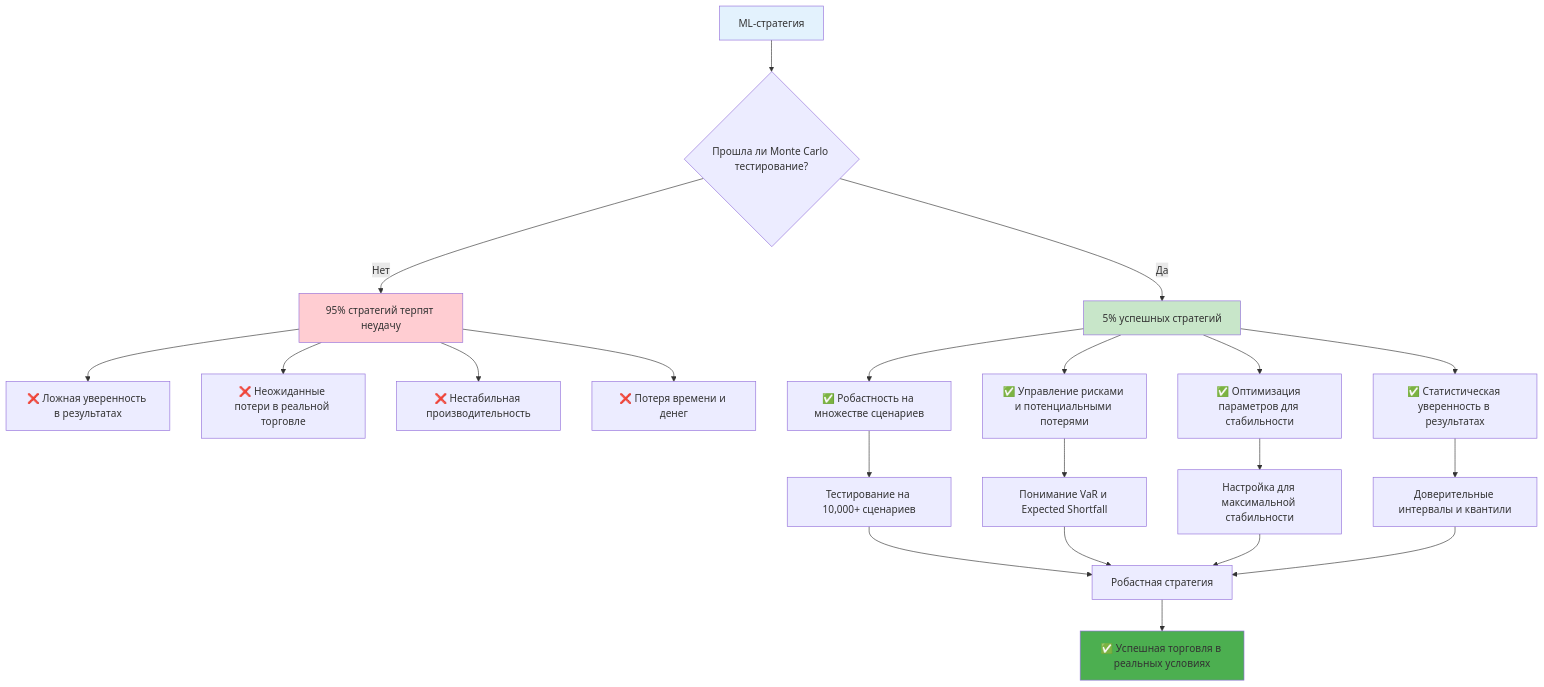
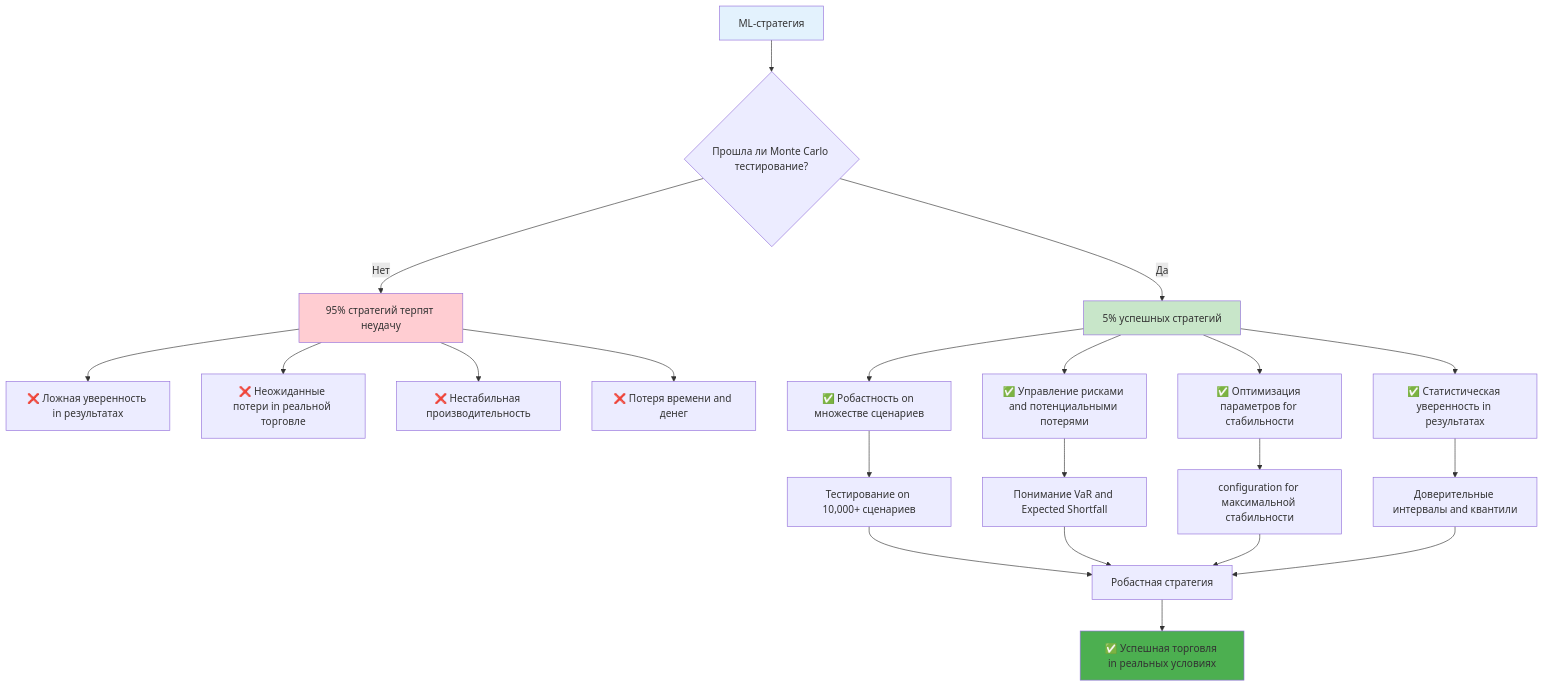
Before and after one commit to NeoZorK/neozork-hld-prediction: the first of 9 diagrams in docs/automl/gluon/31_monte_carlo_simulations.md, drawn with Mermaid. The commit also changed other lines of this file and 19 other files, not shown here.

````diff
--- a/docs/automl/gluon/31_monte_carlo_simulations.md
+++ b/docs/automl/gluon/31_monte_carlo_simulations.md
@@ -10,33 +10,33 @@
 ```mermaid
 graph TD
-    A[ML-стратегия] --> B{Прошла ли Monte Carlo тестирование?}
-    
-    B -->|Нет| C[95% стратегий терпят неудачу]
-    C --> D[❌ Ложная уверенность в результатах]
-    C --> E[❌ Неожиданные потери в реальной торговле]
-    C --> F[❌ Нестабильная производительность]
-    C --> G[❌ Потеря времени и денег]
-    
-    B -->|Да| H[5% успешных стратегий]
-    H --> I[✅ Робастность на множестве сценариев]
-    H --> J[✅ Управление рисками и потенциальными потерями]
-    H --> K[✅ Оптимизация параметров для стабильности]
-    H --> L[✅ Статистическая уверенность в результатах]
-    
-    I --> M[Тестирование на 10,000+ сценариев]
-    J --> N[Понимание VaR и Expected Shortfall]
-    K --> O[Настройка для максимальной стабильности]
-    L --> P[Доверительные интервалы и квантили]
-    
-    M --> Q[Робастная стратегия]
-    N --> Q
-    O --> Q
-    P --> Q
-    
-    Q --> R[✅ Успешная торговля в реальных условиях]
-    
-    style A fill:#e3f2fd
-    style H fill:#c8e6c9
-    style C fill:#ffcdd2
-    style R fill:#4caf50
+ A[ML-стратегия] --> B{Прошла ли Monte Carlo тестирование?}
+
+ B -->|Нет| C[95% стратегий терпят неудачу]
+ C --> D[❌ Ложная уверенность in результатах]
+ C --> E[❌ Неожиданные потери in реальной торговле]
+ C --> F[❌ Нестабильная производительность]
+ C --> G[❌ Потеря времени and денег]
+
+ B -->|Да| H[5% успешных стратегий]
+ H --> I[✅ Робастность on множестве сценариев]
+ H --> J[✅ Управление рисками and потенциальными потерями]
+ H --> K[✅ Оптимизация параметров for стабильности]
+ H --> L[✅ Статистическая уверенность in результатах]
+
+ I --> M[Тестирование on 10,000+ сценариев]
+ J --> N[Понимание VaR and Expected Shortfall]
+ K --> O[configuration for максимальной стабильности]
+ L --> P[Доверительные интервалы and квантили]
+
+ M --> Q[Робастная стратегия]
+ N --> Q
+ O --> Q
+ P --> Q
+
+ Q --> R[✅ Успешная торговля in реальных условиях]
+
+ style A fill:#e3f2fd
+ style H fill:#c8e6c9
+ style C fill:#ffcdd2
+ style R fill:#4caf50
 ```
````
